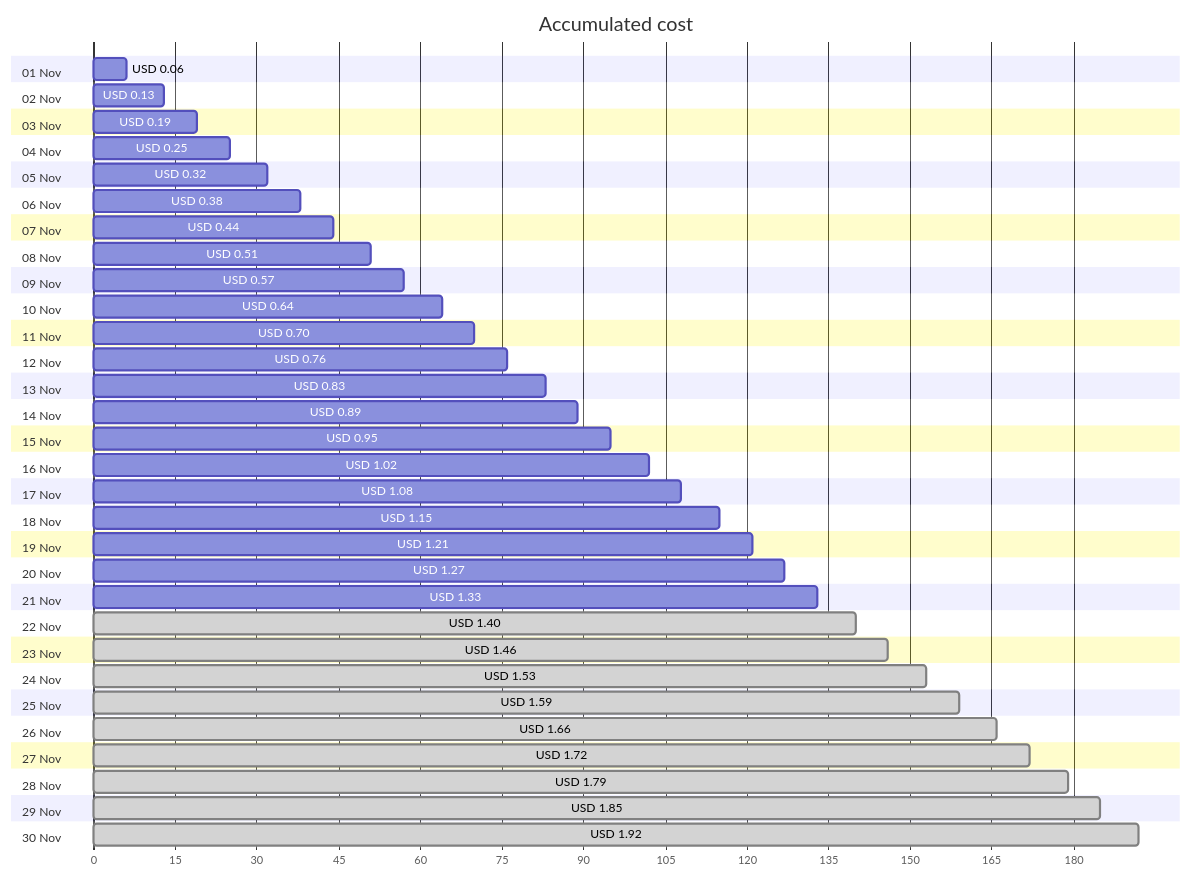
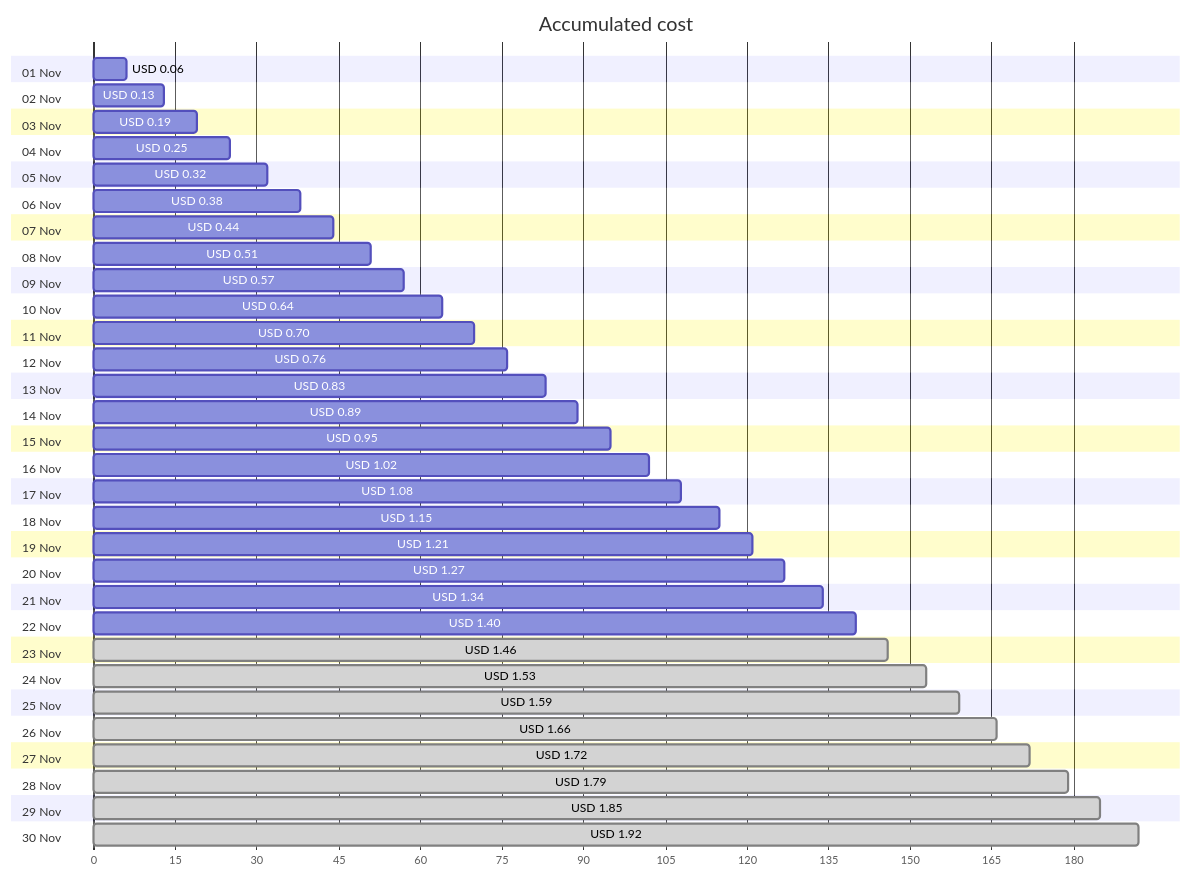
One commit to jpfulton/azure-personal-reports changed the first of 4 diagrams in cost-reports/personal-network/vpn-server_OsDisk.md. Above: the diagram before and after it, drawn with Mermaid. The commit also changed other lines of this file and 8 other files, not shown here.

````diff
--- a/cost-reports/personal-network/vpn-server_OsDisk.md
+++ b/cost-reports/personal-network/vpn-server_OsDisk.md
@@ -20,66 +20,66 @@
 ```mermaid
 gantt
    title Accumulated cost
    dateFormat  X
    axisFormat %s
    section 01 Nov
    USD 0.06 :0, 6
    section 02 Nov
    USD 0.13 :0, 13
    section 03 Nov
    USD 0.19 :0, 19
    section 04 Nov
    USD 0.25 :0, 25
    section 05 Nov
    USD 0.32 :0, 32
    section 06 Nov
    USD 0.38 :0, 38
    section 07 Nov
    USD 0.44 :0, 44
    section 08 Nov
    USD 0.51 :0, 51
    section 09 Nov
    USD 0.57 :0, 57
    section 10 Nov
    USD 0.64 :0, 64
    section 11 Nov
    USD 0.70 :0, 70
    section 12 Nov
    USD 0.76 :0, 76
    section 13 Nov
    USD 0.83 :0, 83
    section 14 Nov
    USD 0.89 :0, 89
    section 15 Nov
    USD 0.95 :0, 95
    section 16 Nov
    USD 1.02 :0, 102
    section 17 Nov
    USD 1.08 :0, 108
    section 18 Nov
    USD 1.15 :0, 115
    section 19 Nov
    USD 1.21 :0, 121
    section 20 Nov
    USD 1.27 :0, 127
    section 21 Nov
-   USD 1.33 :0, 133
+   USD 1.34 :0, 134
    section 22 Nov
-   USD 1.40 : done, 0, 140
+   USD 1.40 :0, 140
    section 23 Nov
    USD 1.46 : done, 0, 146
    section 24 Nov
    USD 1.53 : done, 0, 153
    section 25 Nov
    USD 1.59 : done, 0, 159
    section 26 Nov
    USD 1.66 : done, 0, 166
    section 27 Nov
    USD 1.72 : done, 0, 172
    section 28 Nov
    USD 1.79 : done, 0, 179
    section 29 Nov
    USD 1.85 : done, 0, 185
    section 30 Nov
    USD 1.92 : done, 0, 192
 ```
````
